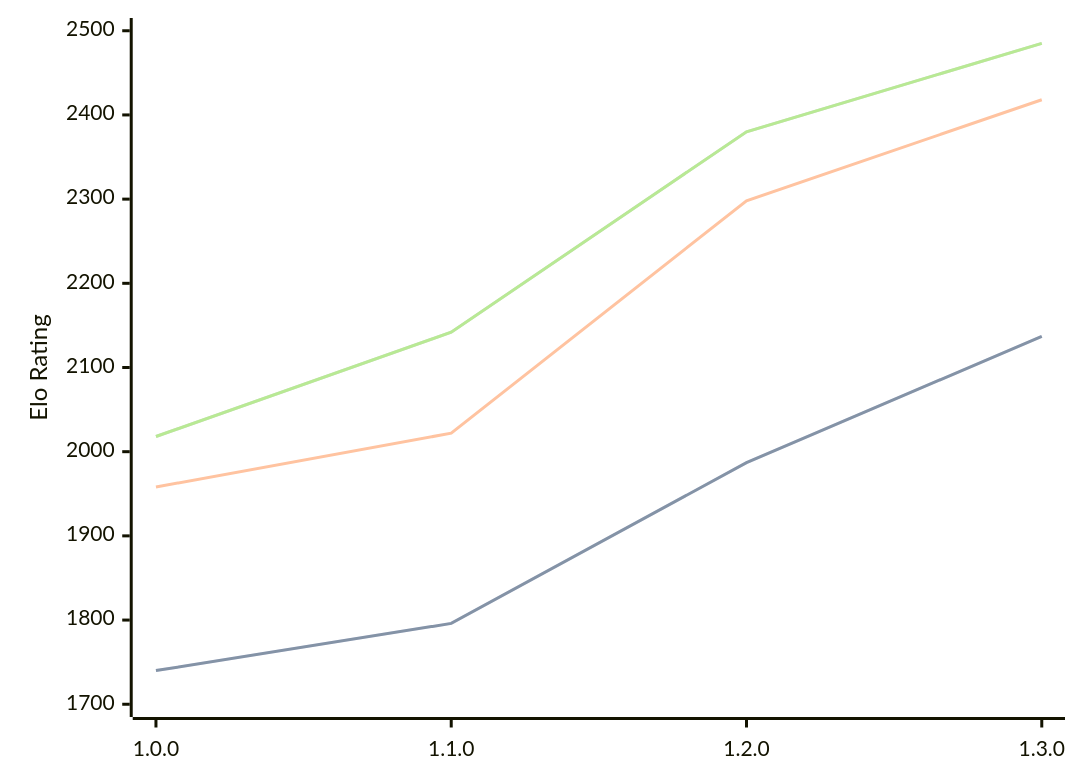
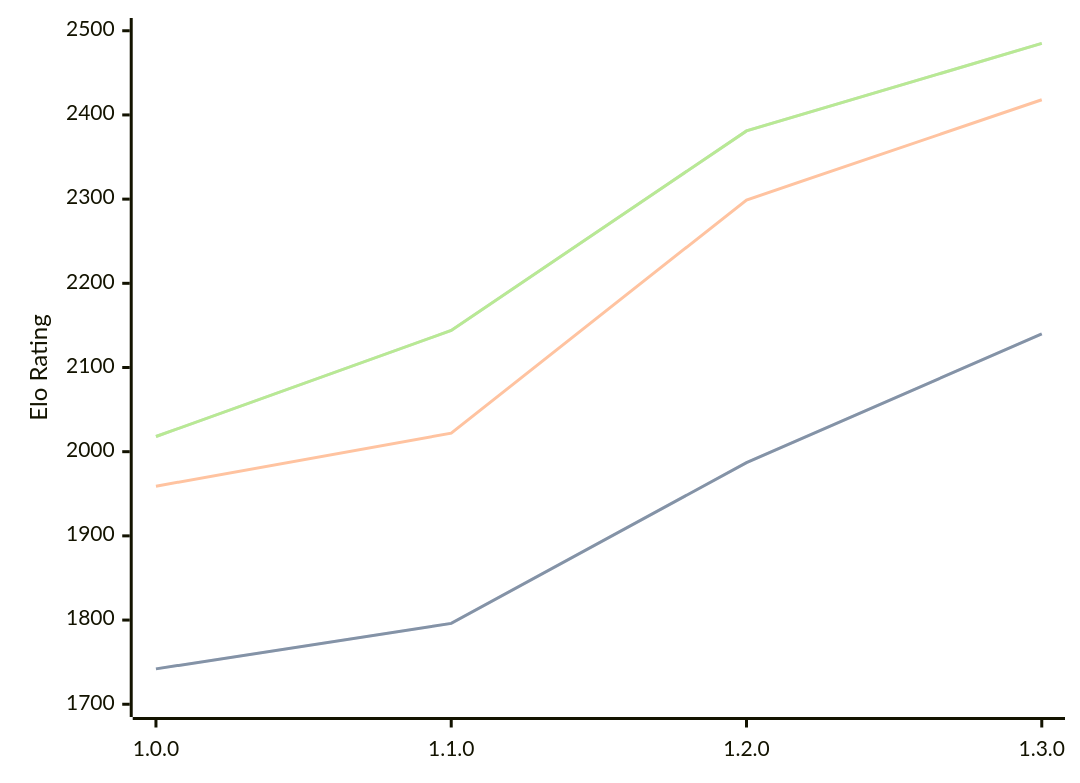
One commit to computer-chess-index/cci changed the first of 3 diagrams in engines/Anodos.md. Above: the diagram before and after it, drawn with Mermaid. The commit also changed other lines of this file, not shown here.

Commit message:
Update CCI Ratings (ELO VLTC) - 2026-06-23

````diff
--- a/engines/Anodos.md
+++ b/engines/Anodos.md
@@ -45,11 +45,11 @@
 ```mermaid
 %%{init: {"theme":"base","themeVariables":{"seriesColors:['#a3a3a3','#222221','#faa371']}}}%%
 xychart-beta
   x-axis ["1.0.0", "1.1.0", "1.2.0", "1.3.0"]
   y-axis "Elo Rating" 1700 --> 2500
-  line "STC (8.0+0.08s)" [1740, 1796, 1987, 2137]
-  line "STC (8.0+0.08s)" [1740, 1796, 1987, 2137]
-  line "LTC (60.0+0.60s)" [1958, 2022, 2298, 2418]
-  line "VLTC (2m24s+1.12s)" [2018, 2142, 2380, 2485]
-  line "VLTC (2m24s+1.12s)" [2018, 2142, 2380, 2485]
+  line "STC (8.0+0.08s)" [1742, 1796, 1987, 2140]
+  line "STC (8.0+0.08s)" [1742, 1796, 1987, 2140]
+  line "LTC (60.0+0.60s)" [1959, 2022, 2299, 2418]
+  line "VLTC (2m24s+1.12s)" [2018, 2144, 2381, 2485]
+  line "VLTC (2m24s+1.12s)" [2018, 2144, 2381, 2485]
 ```
````
